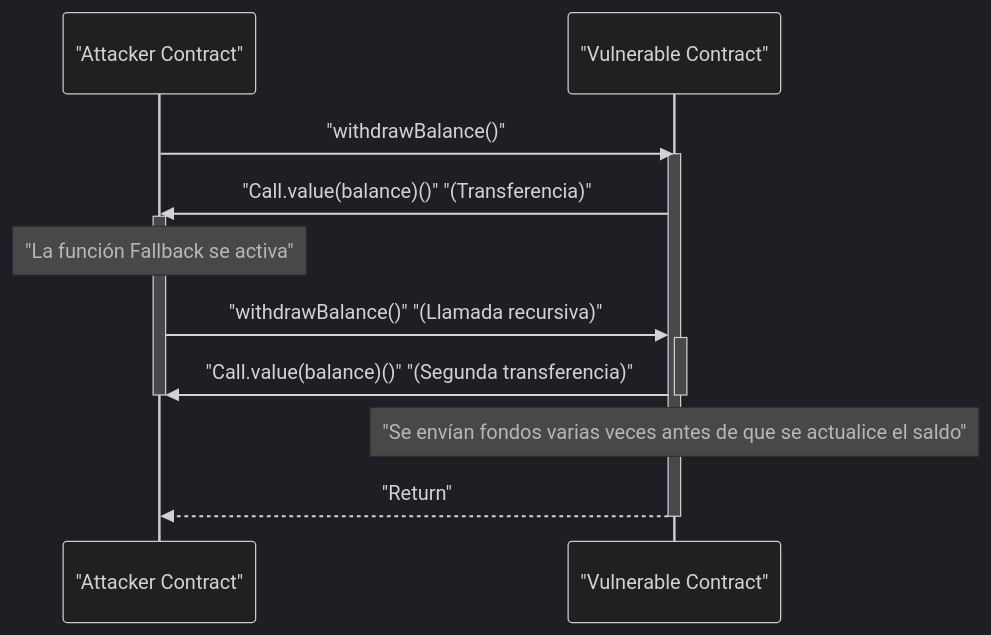
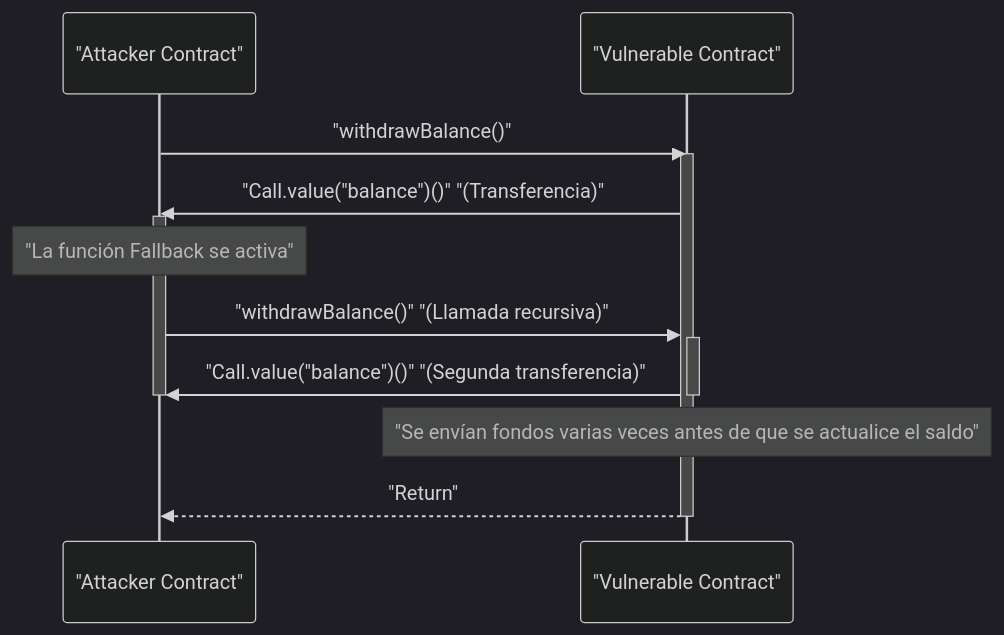
Before and after one commit to kenjinote/blog: the second of 2 diagrams in content/post/blockchain-technology-smart-contract-distributed-ledger/index.es.md, drawn with Mermaid (dark theme). The commit also changed 929 other files, not shown here.

Commit message:
fix: Add double quotes to all Mermaid node texts to resolve syntax errors

````diff
--- a/content/post/blockchain-technology-smart-contract-distributed-ledger/index.es.md
+++ b/content/post/blockchain-technology-smart-contract-distributed-ledger/index.es.md
@@ -185,19 +185,19 @@
 ```mermaid
 sequenceDiagram
     participant A as "Attacker Contract"
     participant V as "Vulnerable Contract"
 
     A->>V: "withdrawBalance()"
     activate V
-    V->>A: "Call.value(balance)()" "(Transferencia)"
+    V->>A: "Call.value("balance")()" "(Transferencia)"
     activate A
     Note over A: "La función Fallback se activa"
     A->>V: "withdrawBalance()" "(Llamada recursiva)"
     activate V
-    V->>A: "Call.value(balance)()" "(Segunda transferencia)"
+    V->>A: "Call.value("balance")()" "(Segunda transferencia)"
     deactivate V
     deactivate A
     Note over V: "Se envían fondos varias veces antes de que se actualice el saldo"
     V-->>A: "Return"
     deactivate V
 ```
````
